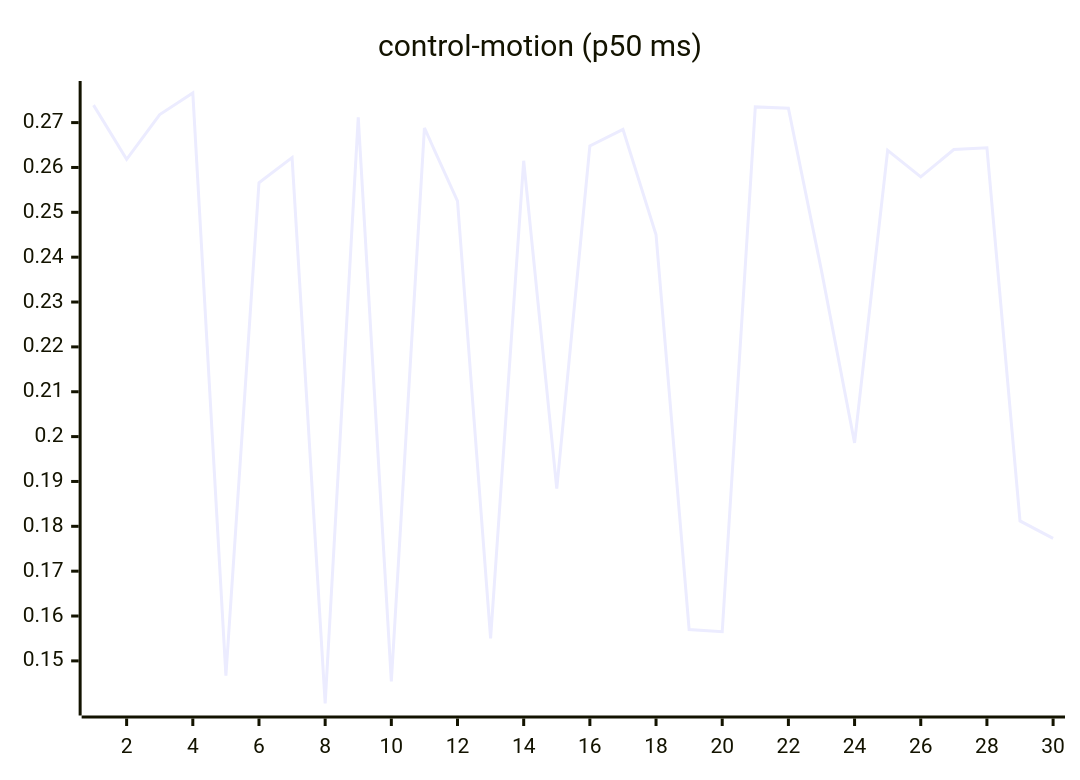
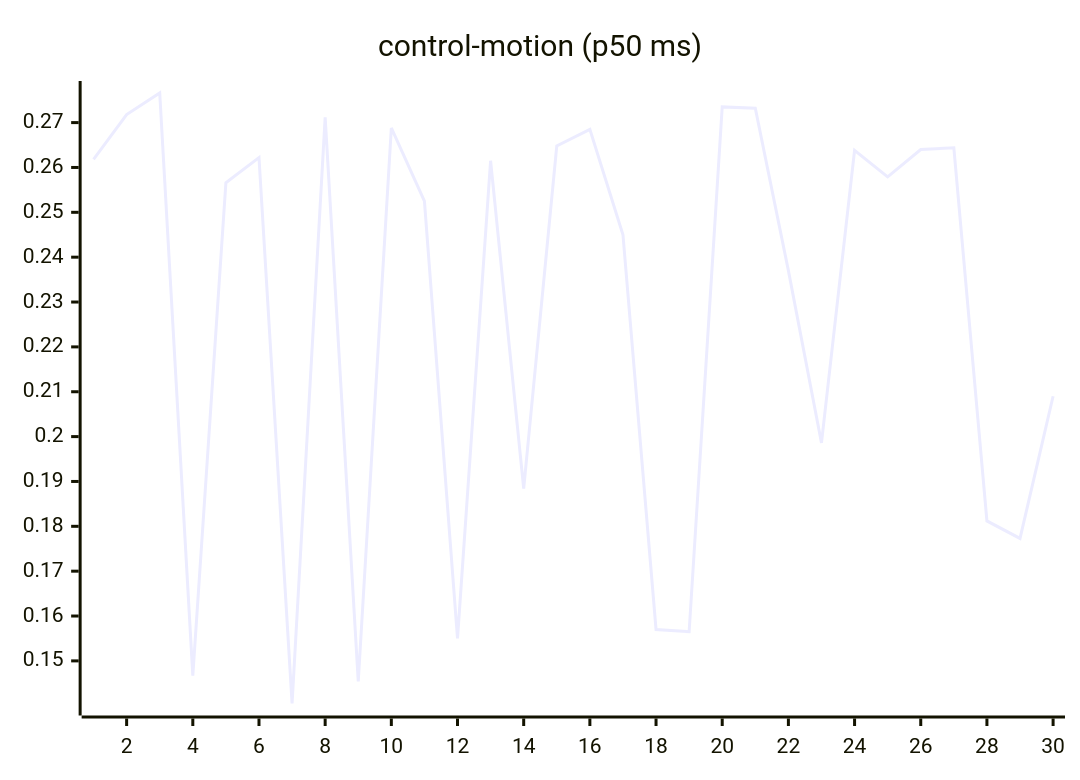
The seventh of 27 diagrams in README.md (josha/Facet), drawn with Mermaid before and after one commit. The commit also changed other lines of this file and 2 other files, not shown here.

````diff
--- a/README.md
+++ b/README.md
@@ -105,6 +105,6 @@
 ```mermaid
 xychart-beta
     title "control-motion (p50 ms)"
     x-axis 1 --> 30
-    line [0.2739, 0.2618, 0.2718, 0.2766, 0.1467, 0.2566, 0.2622, 0.1405, 0.2712, 0.1454, 0.2688, 0.2525, 0.1550, 0.2615, 0.1884, 0.2648, 0.2685, 0.2450, 0.1570, 0.1565, 0.2735, 0.2732, 0.2370, 0.1986, 0.2638, 0.2579, 0.2640, 0.2644, 0.1812, 0.1773]
+    line [0.2618, 0.2718, 0.2766, 0.1467, 0.2566, 0.2622, 0.1405, 0.2712, 0.1454, 0.2688, 0.2525, 0.1550, 0.2615, 0.1884, 0.2648, 0.2685, 0.2450, 0.1570, 0.1565, 0.2735, 0.2732, 0.2370, 0.1986, 0.2638, 0.2579, 0.2640, 0.2644, 0.1812, 0.1773, 0.2090]
 ```
````
